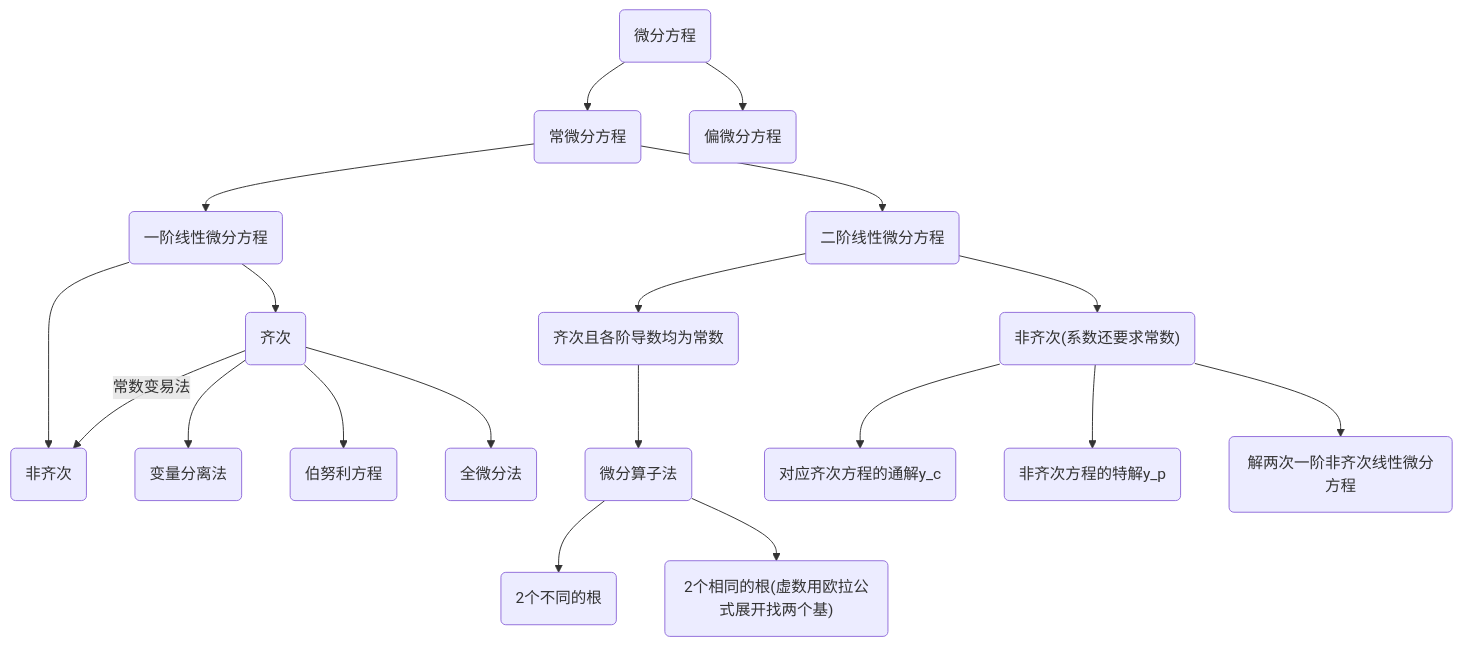
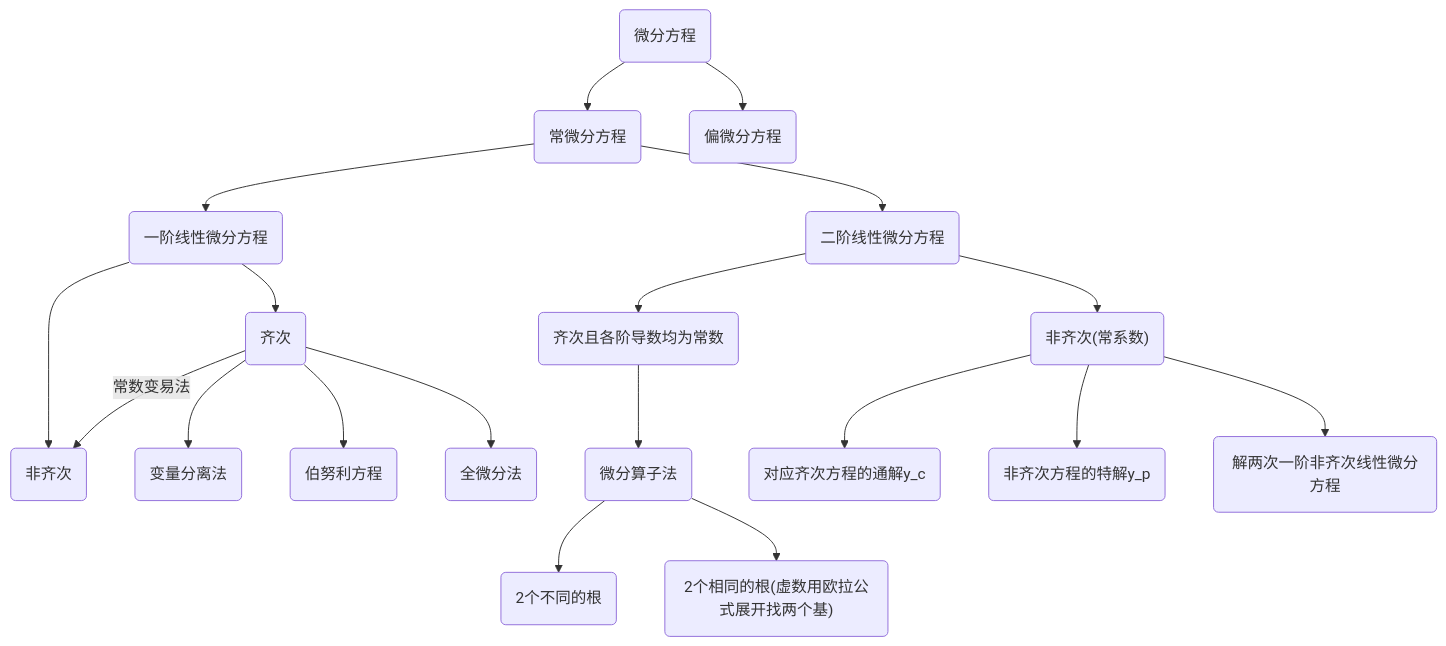
The diagram in 课程知识结构整理.md (AlimyBreak/Course001_DifferentialEquation), drawn with Mermaid before and after one commit. The commit also changed 1 other file, not shown here.

Commit message:
+1. 基本完成第06讲 +2. todo  两种二阶常系数非齐次方程的求解方法没搞明白.

````diff
--- a/课程知识结构整理.md
+++ b/课程知识结构整理.md
@@ -1,24 +1,24 @@
 ```mermaid
 graph TD
 A(微分方程)-->AA(常微分方程)
 A-->AB(偏微分方程)
 AA-->AAA(一阶线性微分方程)
 AAA-->AAAA(齐次)
 AAA-->AAAB(非齐次)
 AAAA-- 常数变易法 --> AAAB
 AAAA-->AAAAA(变量分离法)
 AAAA-->AAAAB(伯努利方程)
 AAAA-->AAAAC(全微分法)
 AA-->AAB(二阶线性微分方程)
 AAB-->AABA(齐次且各阶导数均为常数)
 AABA-->AABAA(微分算子法)
 AABAA-->AABAAA(2个不同的根)
 AABAA-->AABAAB("2个相同的根(虚数用欧拉公式展开找两个基)")
-AAB-->AABB("非齐次(系数还要求常数)")
+AAB-->AABB("非齐次(常系数)")
 AABB-->AABBA(对应齐次方程的通解y_c)
 AABB-->AABBB(非齐次方程的特解y_p)
 AABB-->AABBC(解两次一阶非齐次线性微分方程)
 
 
 
 ```
````
